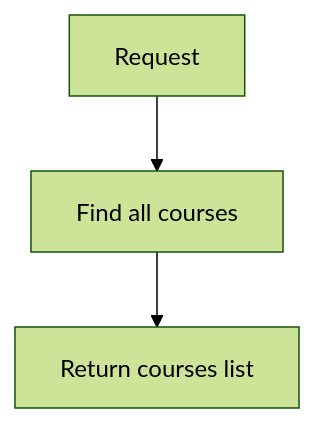
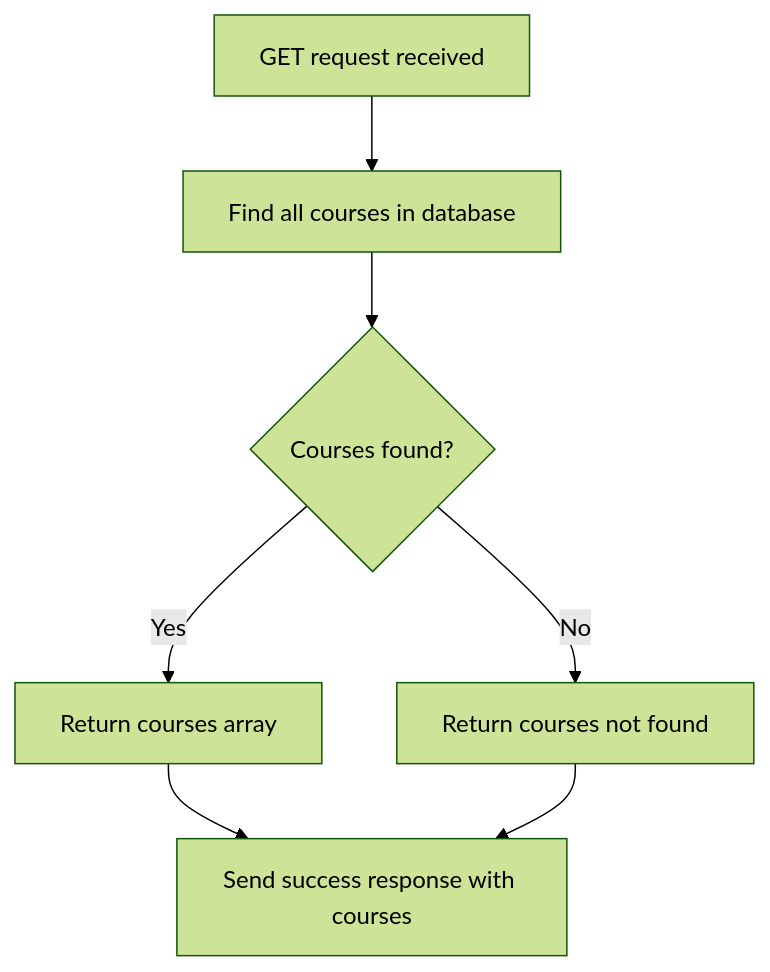
Before and after one commit to thehiten/node-js-code: the eighth of 11 diagrams in README.md, drawn with Mermaid (forest theme). The commit also changed other lines of this file, not shown here.

````diff
--- a/README.md
+++ b/README.md
@@ -204,5 +226,9 @@
 ```mermaid
 graph TD
-    A[Request] --> B[Find all courses]
-    B --> C[Return courses list]
+    A[GET request received] --> B[Find all courses in database]
+    B --> C{Courses found?}
+    C -->|Yes| D[Return courses array]
+    C -->|No| E[Return courses not found]
+    D --> F[Send success response with courses]
+    E --> F
 ```
````
